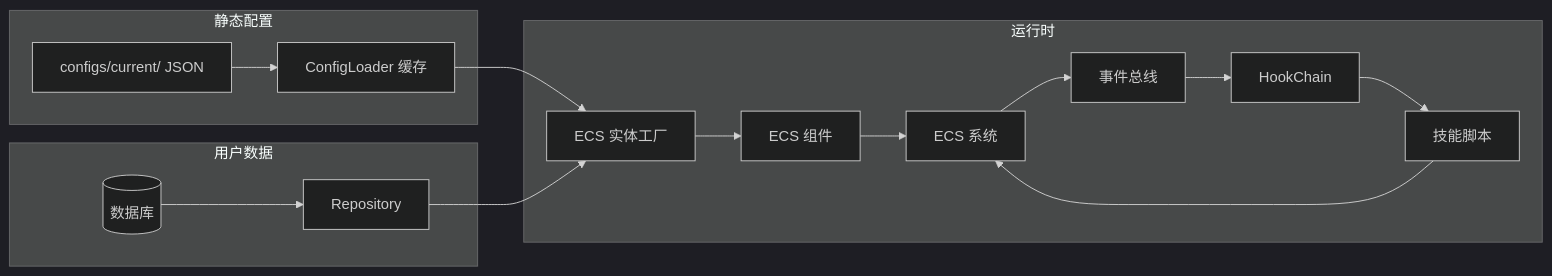
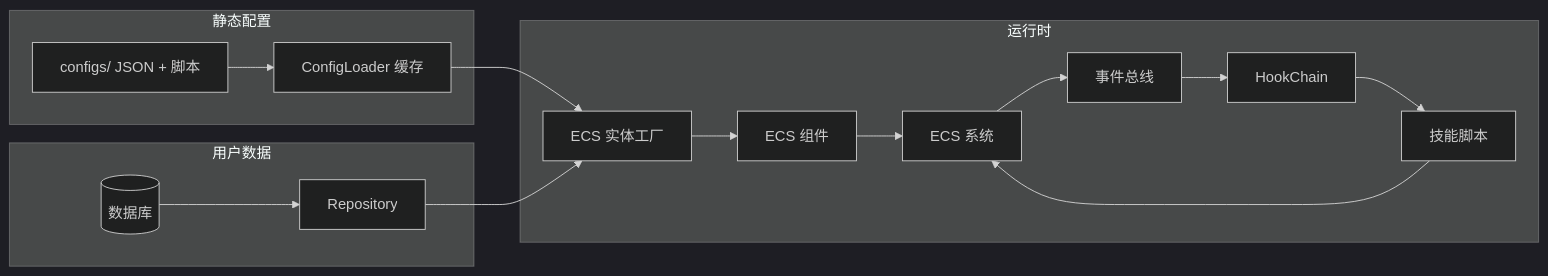
One commit to modenicheng/hsr-sim changed the diagram in docs/design.md. Above: the diagram before and after it, drawn with Mermaid (dark theme). The commit also changed other lines of this file and 5 other files, not shown here.

````diff
--- a/docs/design.md
+++ b/docs/design.md
@@ -166,30 +194,30 @@
 ```mermaid
 flowchart LR
     subgraph 静态配置
-        A1[configs/current/ JSON]
+        A1[configs/ JSON + 脚本]
         A2[ConfigLoader 缓存]
     end
     subgraph 用户数据
         B1[(数据库)]
         B2[Repository]
     end
     subgraph 运行时
         C1[ECS 实体工厂]
         C2[ECS 组件]
         C3[ECS 系统]
         C4[事件总线]
         C5[HookChain]
         C6[技能脚本]
     end
 
     A1 --> A2
     A2 --> C1
     B1 --> B2
     B2 --> C1
     C1 --> C2
     C2 --> C3
     C3 --> C4
     C4 --> C5
     C5 --> C6
     C6 --> C3
 ```
````
